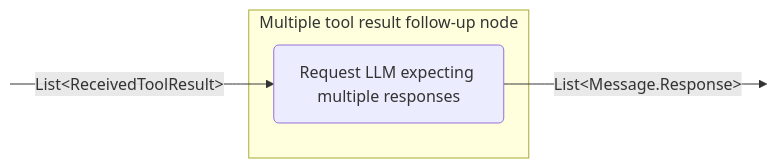
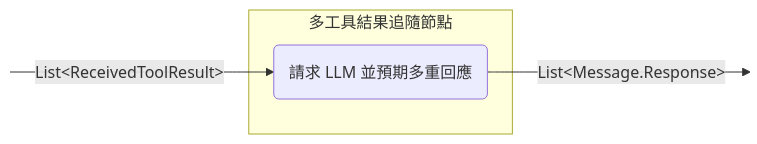
Diagram 14 of 15 in docs/zh-Hant/koog/nodes-and-components.md (BinaryTape/Open-Docs), drawn with Mermaid before and after one commit. The commit also changed other lines of this file and 457 other files, not shown here.

````diff
--- a/docs/zh-Hant/koog/nodes-and-components.md
+++ b/docs/zh-Hant/koog/nodes-and-components.md
@@ -802,13 +790,13 @@
 ```mermaid
 graph LR
     in:::hidden
     out:::hidden
     
-    subgraph node ["Multiple tool result follow-up node"]
-        execute(Request LLM expecting multiple responses)
+    subgraph node ["多工具結果追隨節點"]
+        execute(請求 LLM 並預期多重回應)
     end
     
     in -- "List&lt;ReceivedToolResult&gt;" --> execute -- "List&lt;Message.Response&gt;" --> out
 
     classDef hidden display: none;
 ```
````
